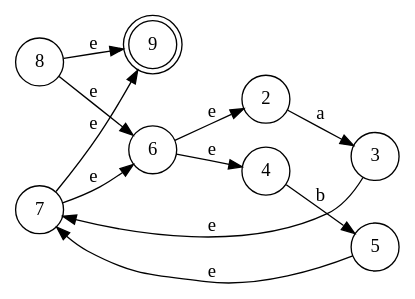
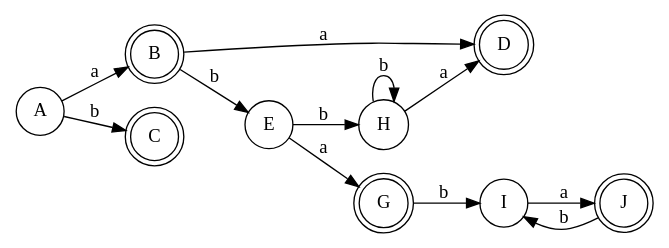
One commit to bloomfieldfong/Creacion-de-Automatas changed the diagram in automata.gv. Above: the diagram before and after it, drawn with Graphviz. The commit also changed 4 other files, not shown here.

```diff
--- a/automata.gv
+++ b/automata.gv
@@ -1,16 +1,23 @@
 digraph finite_state_machine {
 	rankdir=LR size="8,5"
 	node [shape=doublecircle]
-	9
+	B
+	C
+	D
+	G
+	G
+	D
+	J
 	node [shape=circle]
-	2 -> 3 [label=a]
-	3 -> 7 [label=e]
-	4 -> 5 [label=b]
-	5 -> 7 [label=e]
-	6 -> 2 [label=e]
-	6 -> 4 [label=e]
-	7 -> 6 [label=e]
-	7 -> 9 [label=e]
-	8 -> 6 [label=e]
-	8 -> 9 [label=e]
+	A -> B [label=a]
+	A -> C [label=b]
+	B -> D [label=a]
+	B -> E [label=b]
+	E -> G [label=a]
+	E -> H [label=b]
+	G -> I [label=b]
+	H -> D [label=a]
+	H -> H [label=b]
+	I -> J [label=a]
+	J -> I [label=b]
 }
```
